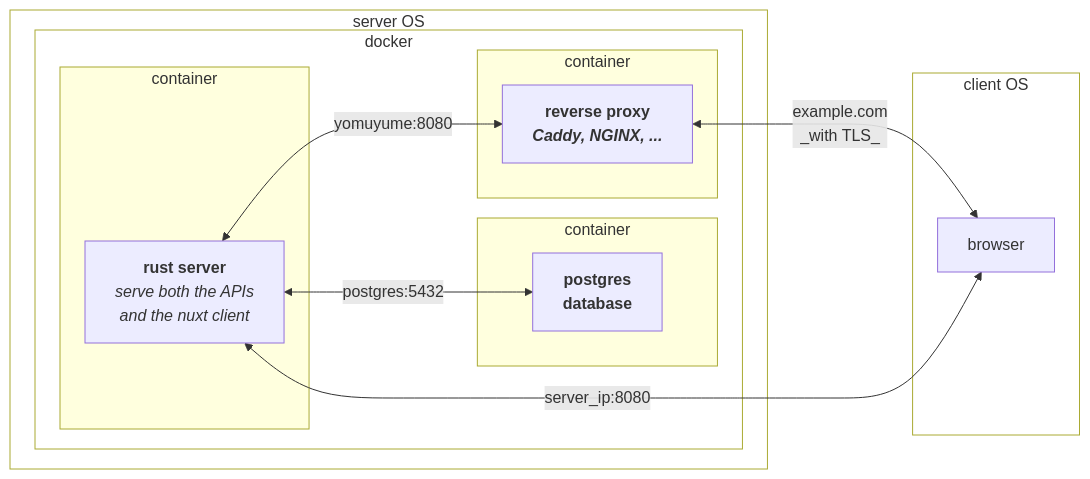
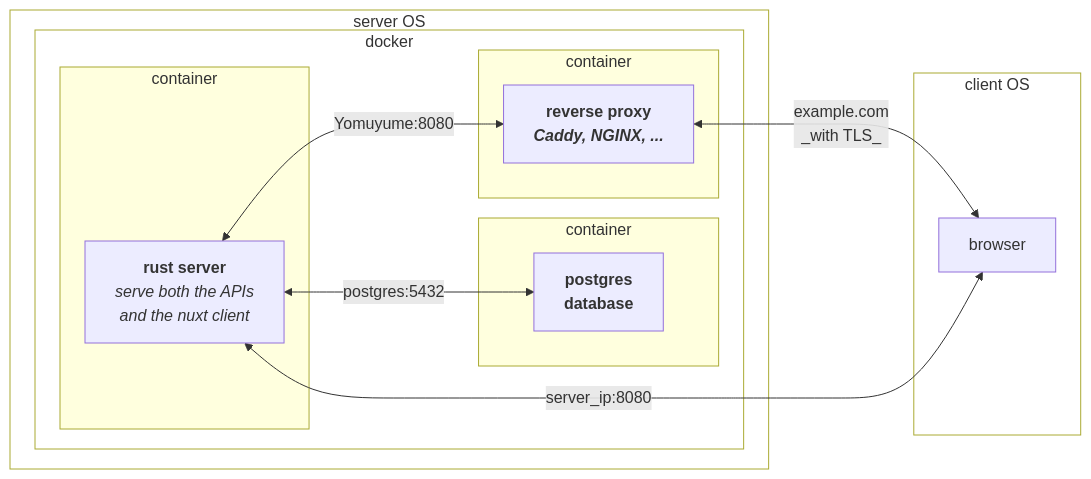
Before and after one commit to Liminova/yomuyume: the second of 3 diagrams in README.md, drawn with Mermaid. The commit also changed other lines of this file, not shown here.

````diff
--- a/README.md
+++ b/README.md
@@ -77,39 +83,39 @@
 ```mermaid
 flowchart LR
   server["`**rust server**<br>_serve both the APIs<br>and the nuxt client_`"]
   db["`**postgres<br>database**`"]
   reverse_proxy["`**reverse proxy<br>_Caddy, NGINX, ..._**`"]
 
   server <-- postgres:5432 --> db
-  server <-- yomuyume:8080 --> reverse_proxy
+  server <-- Yomuyume:8080 --> reverse_proxy
   reverse_proxy <-- example.com<br>_with TLS_ --> browser
   server <-- server_ip:8080 --> browser
 
   subgraph client_os["client OS"]
     browser
   end
   subgraph db_container["container"]
     db
   end
   subgraph server_container["container"]
     server
   end
   subgraph rp_container["container"]
     reverse_proxy
   end
 
   subgraph docker
     server_container
     db_container
     rp_container
   end
 
   subgraph server_os["server OS"]
     reverse_proxy
     docker
   end
 
   style server_os fill:transparent
   style docker fill:transparent
   style client_os fill:transparent
 ```
````
